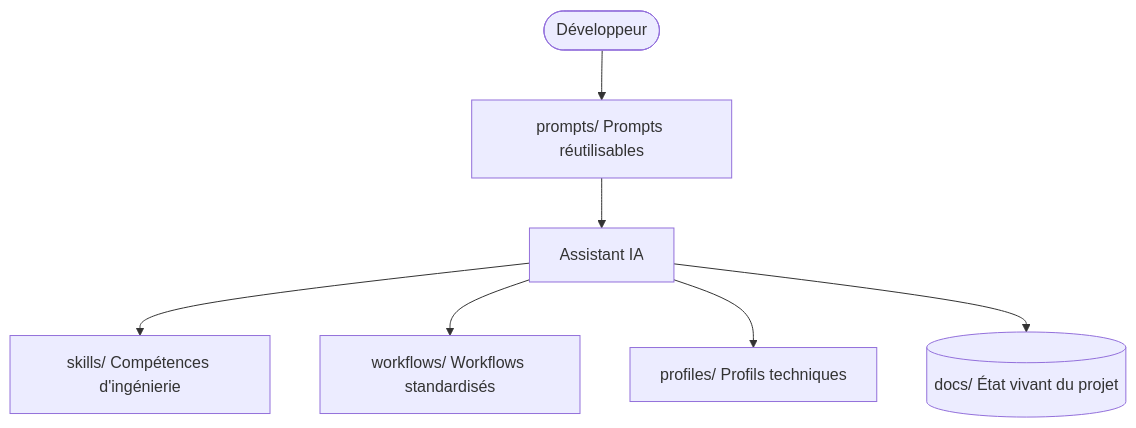
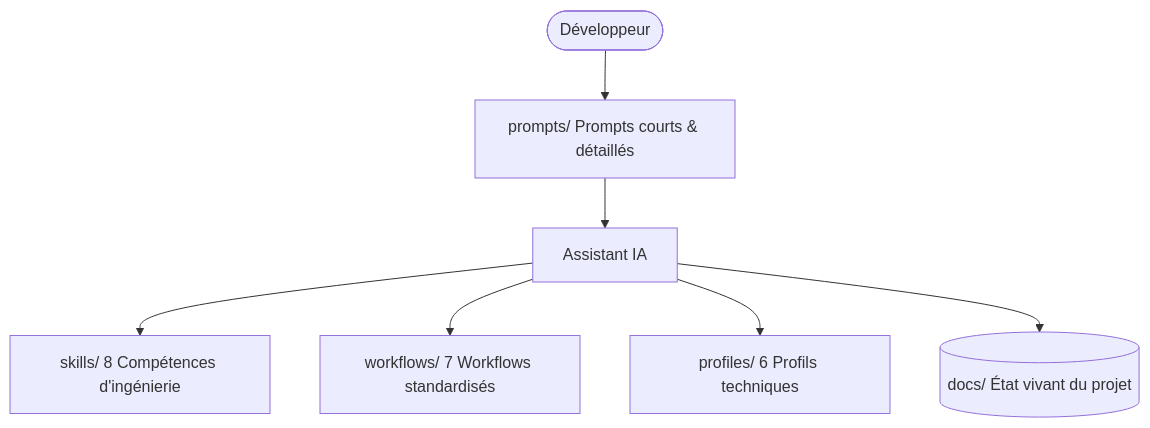
Before and after one commit to calmtechnology-ch/CalmTechnology-DevToolkit: the diagram in docs/USER_GUIDE.fr.md, drawn with Mermaid. The commit also changed other lines of this file and 36 other files, not shown here.

````diff
--- a/docs/USER_GUIDE.fr.md
+++ b/docs/USER_GUIDE.fr.md
@@ -20,9 +20,9 @@
 ```mermaid
 graph TD
-    User([Développeur]) --> Prompts[prompts/ Prompts réutilisables]
+    User([Développeur]) --> Prompts[prompts/ Prompts courts & détaillés]
     Prompts --> Agent[Assistant IA]
-    Agent --> Skills[skills/ Compétences d'ingénierie]
-    Agent --> Workflows[workflows/ Workflows standardisés]
-    Agent --> Profiles[profiles/ Profils techniques]
+    Agent --> Skills[skills/ 8 Compétences d'ingénierie]
+    Agent --> Workflows[workflows/ 7 Workflows standardisés]
+    Agent --> Profiles[profiles/ 6 Profils techniques]
     Agent --> Memory[(docs/ État vivant du projet)]
 ```
````
